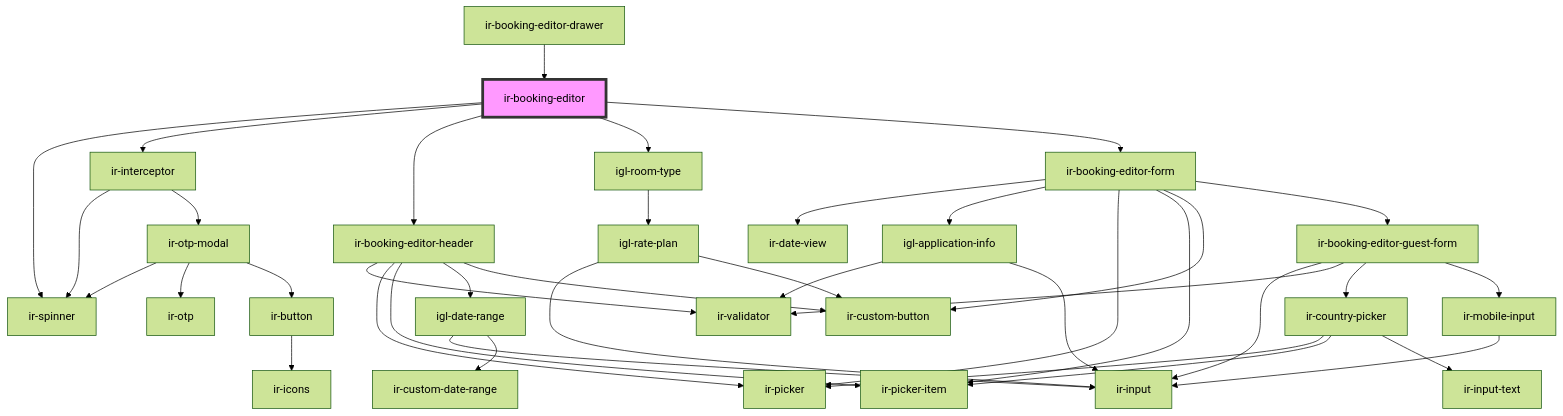
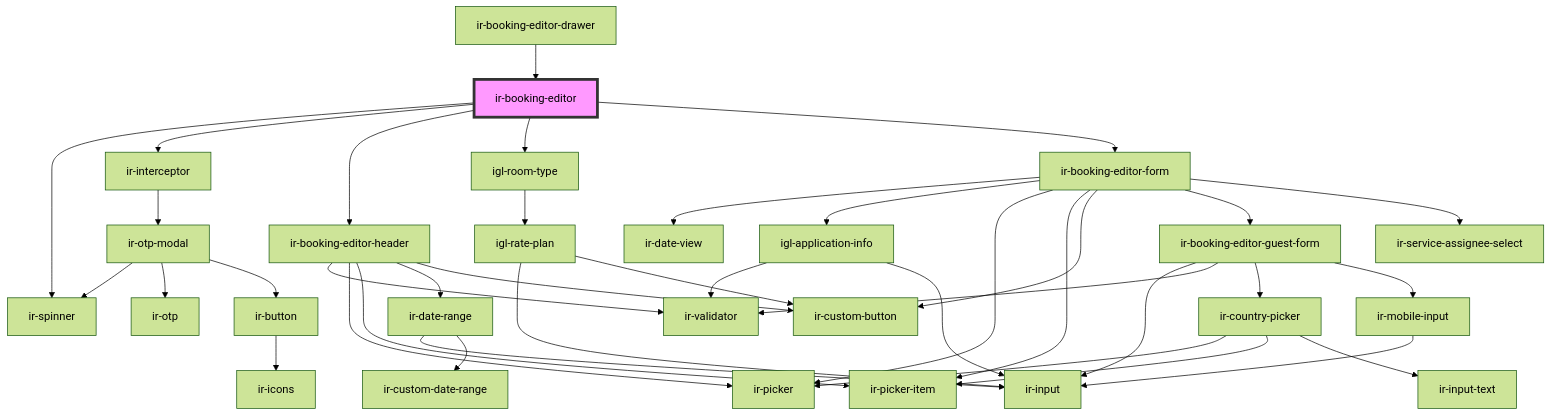
Before and after one commit to RonyRizk/ir-webcmp: the diagram in src/components/igloo-calendar/ir-booking-editor/readme.md, drawn with Mermaid (forest theme). The commit also changed 586 other files, not shown here.

````diff
--- a/src/components/igloo-calendar/ir-booking-editor/readme.md
+++ b/src/components/igloo-calendar/ir-booking-editor/readme.md
@@ -49,42 +49,42 @@
 ```mermaid
 graph TD;
   ir-booking-editor --> ir-spinner
   ir-booking-editor --> ir-interceptor
   ir-booking-editor --> ir-booking-editor-header
   ir-booking-editor --> igl-room-type
   ir-booking-editor --> ir-booking-editor-form
-  ir-interceptor --> ir-spinner
   ir-interceptor --> ir-otp-modal
   ir-otp-modal --> ir-spinner
   ir-otp-modal --> ir-otp
   ir-otp-modal --> ir-button
   ir-button --> ir-icons
   ir-booking-editor-header --> ir-validator
   ir-booking-editor-header --> ir-picker
   ir-booking-editor-header --> ir-picker-item
-  ir-booking-editor-header --> igl-date-range
+  ir-booking-editor-header --> ir-date-range
   ir-booking-editor-header --> ir-custom-button
-  igl-date-range --> ir-input
-  igl-date-range --> ir-custom-date-range
+  ir-date-range --> ir-input
+  ir-date-range --> ir-custom-date-range
   igl-room-type --> igl-rate-plan
   igl-rate-plan --> ir-input
   igl-rate-plan --> ir-custom-button
   ir-booking-editor-form --> ir-date-view
   ir-booking-editor-form --> igl-application-info
   ir-booking-editor-form --> ir-picker
   ir-booking-editor-form --> ir-picker-item
   ir-booking-editor-form --> ir-custom-button
   ir-booking-editor-form --> ir-booking-editor-guest-form
+  ir-booking-editor-form --> ir-service-assignee-select
   igl-application-info --> ir-validator
   igl-application-info --> ir-input
   ir-booking-editor-guest-form --> ir-input
   ir-booking-editor-guest-form --> ir-validator
   ir-booking-editor-guest-form --> ir-country-picker
   ir-booking-editor-guest-form --> ir-mobile-input
   ir-country-picker --> ir-picker
   ir-country-picker --> ir-picker-item
   ir-country-picker --> ir-input-text
   ir-mobile-input --> ir-input
   ir-booking-editor-drawer --> ir-booking-editor
   style ir-booking-editor fill:#f9f,stroke:#333,stroke-width:4px
 ```
````
